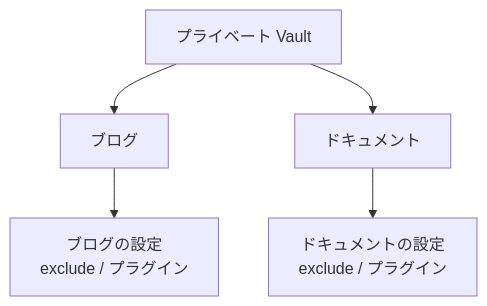
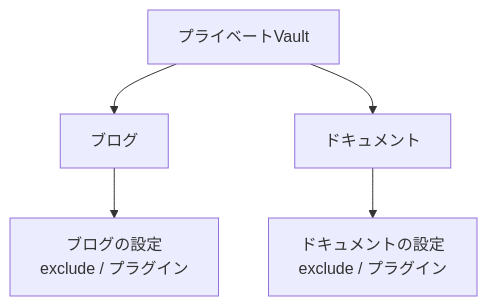
One commit to Rerurate514/riebeckite changed the third of 3 diagrams in docs/docs/guides/deployment/separate-content-repository/concepts.ja.md. Above: the diagram before and after it, drawn with Mermaid. The commit also changed other lines of this file and 133 other files, not shown here.

````diff
--- a/docs/docs/guides/deployment/separate-content-repository/concepts.ja.md
+++ b/docs/docs/guides/deployment/separate-content-repository/concepts.ja.md
@@ -146,10 +145,10 @@
 ```mermaid
 flowchart TD
-    Vault["プライベート Vault"]
+    Vault["プライベートVault"]
 
     Vault --> Blog["ブログ"]
     Vault --> Docs["ドキュメント"]
 
     Blog --> BlogRules["ブログの設定<br/>exclude / プラグイン"]
     Docs --> DocsRules["ドキュメントの設定<br/>exclude / プラグイン"]
 ```
````
